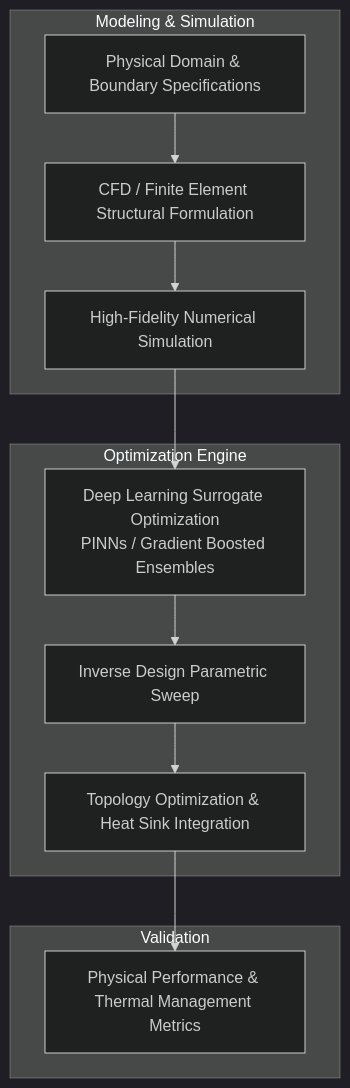
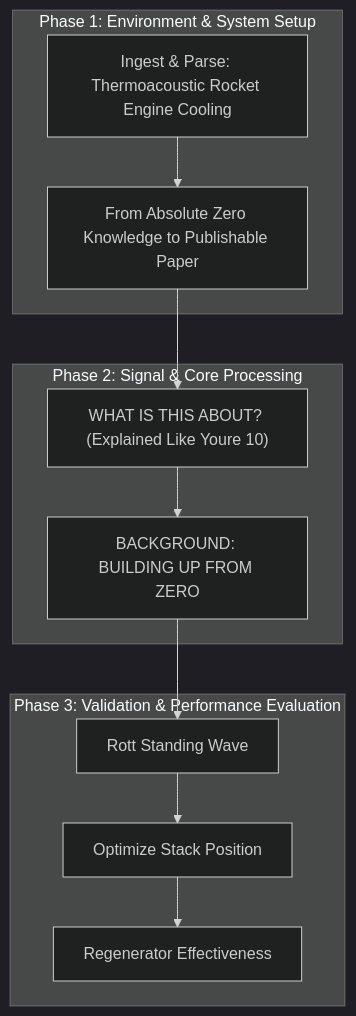
One commit to Runtime-Slayers/Thermoacoustic-Refrigeration-for-Solid-Rocket-Motor-Thermal-Management changed the diagram in README.md. Above: the diagram before and after it, drawn with Mermaid (dark theme). The commit also changed other lines of this file, not shown here.

Commit message:
Docs: Restructure README.md with detailed summary and pipeline flowchart

````diff
--- a/README.md
+++ b/README.md
@@ -14,15 +14,22 @@
 ```mermaid
 graph TD
-    subgraph Modeling & Simulation
-        A["Physical Domain & Boundary Specifications"] --> B["CFD / Finite Element Structural Formulation"]
-        B --> C["High-Fidelity Numerical Simulation"]
+    subgraph "Phase 1: Environment & System Setup"
+        N0["Ingest & Parse: Thermoacoustic Rocket Engine Cooling"]
+        N1["From Absolute Zero Knowledge to Publishable Paper"]
     end
-    subgraph Optimization Engine
-        C --> D["Deep Learning Surrogate Optimization<br>PINNs / Gradient Boosted Ensembles"]
-        D --> E["Inverse Design Parametric Sweep"]
-        E --> F["Topology Optimization & Heat Sink Integration"]
+    subgraph "Phase 2: Signal & Core Processing"
+        N2["WHAT IS THIS ABOUT? (Explained Like Youre 10)"]
+        N3["BACKGROUND: BUILDING UP FROM ZERO"]
     end
-    subgraph Validation
-        F --> G["Physical Performance & Thermal Management Metrics"]
+    subgraph "Phase 3: Validation & Performance Evaluation"
+        N4["Rott Standing Wave"]
+        N5["Optimize Stack Position"]
+        N6["Regenerator Effectiveness"]
     end
+    N0 --> N1
+    N1 --> N2
+    N2 --> N3
+    N3 --> N4
+    N4 --> N5
+    N5 --> N6
 ```
````
